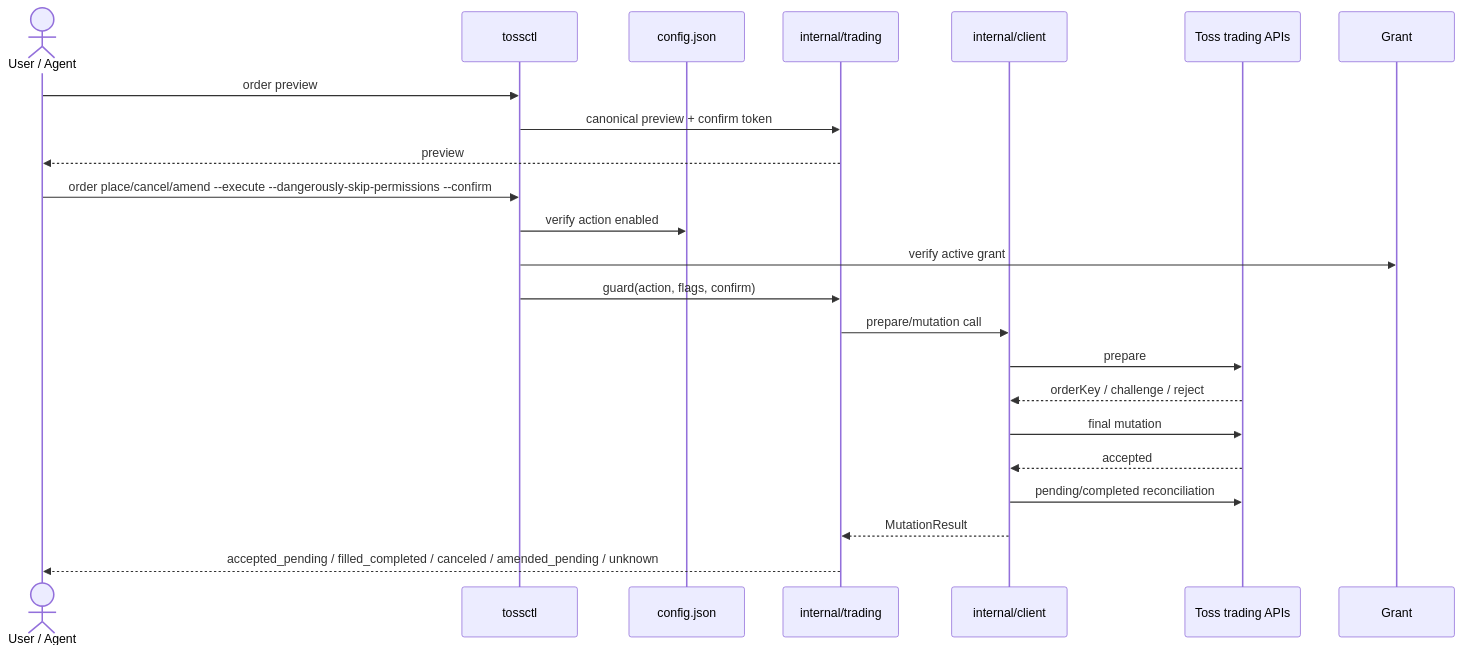
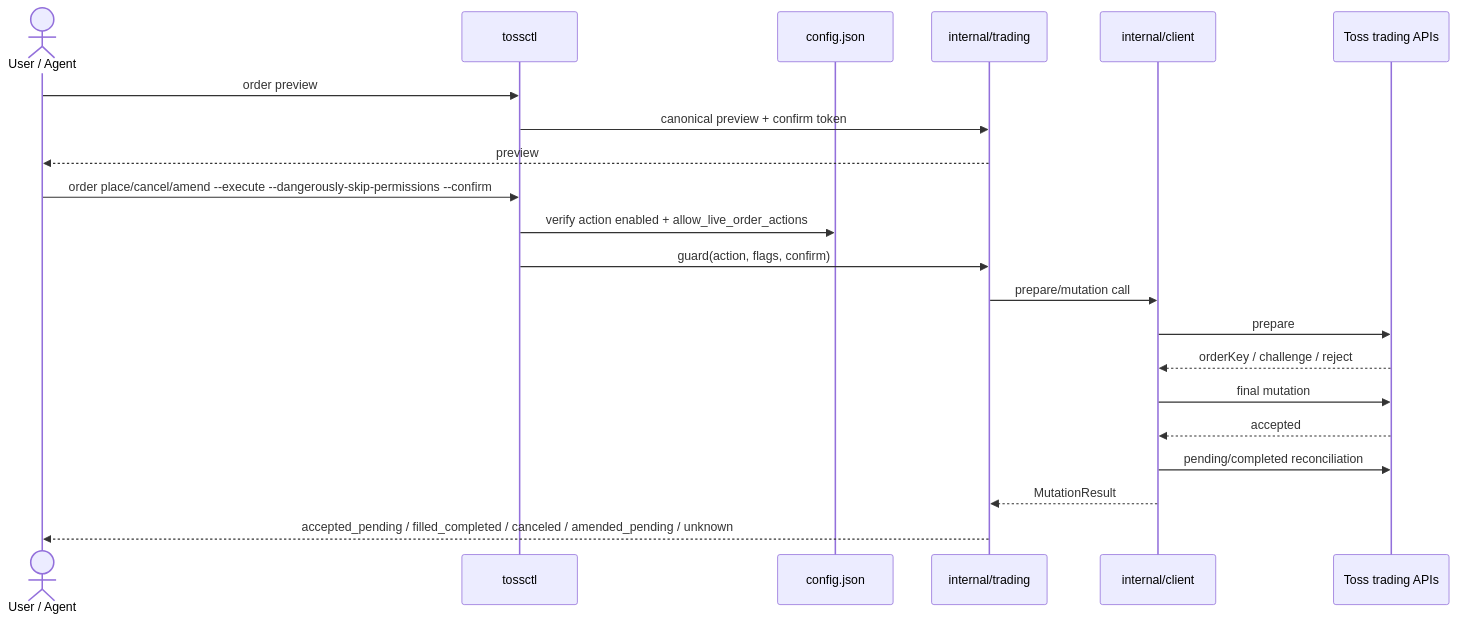
Before and after one commit to thsvkd/tossinvest-cli: the sixth of 6 diagrams in docs/architecture.md, drawn with Mermaid. The commit also changed other lines of this file and 2 other files, not shown here.

First line of the commit message:
docs: 0.5.0 스키마 변경 반영 — 제거된 grant/permissions 참조 정리

````diff
--- a/docs/architecture.md
+++ b/docs/architecture.md
@@ -171,26 +171,25 @@
 ```mermaid
 sequenceDiagram
     actor Caller as User / Agent
     participant CLI as tossctl
     participant Config as config.json
     participant Trading as internal/trading
     participant Client as internal/client
     participant API as Toss trading APIs
 
     Caller->>CLI: order preview
     CLI->>Trading: canonical preview + confirm token
     Trading-->>Caller: preview
 
     Caller->>CLI: order place/cancel/amend --execute --dangerously-skip-permissions --confirm
-    CLI->>Config: verify action enabled
-    CLI->>Grant: verify active grant
+    CLI->>Config: verify action enabled + allow_live_order_actions
     CLI->>Trading: guard(action, flags, confirm)
     Trading->>Client: prepare/mutation call
     Client->>API: prepare
     API-->>Client: orderKey / challenge / reject
     Client->>API: final mutation
     API-->>Client: accepted
     Client->>API: pending/completed reconciliation
     Client-->>Trading: MutationResult
     Trading-->>Caller: accepted_pending / filled_completed / canceled / amended_pending / unknown
 ```
````
